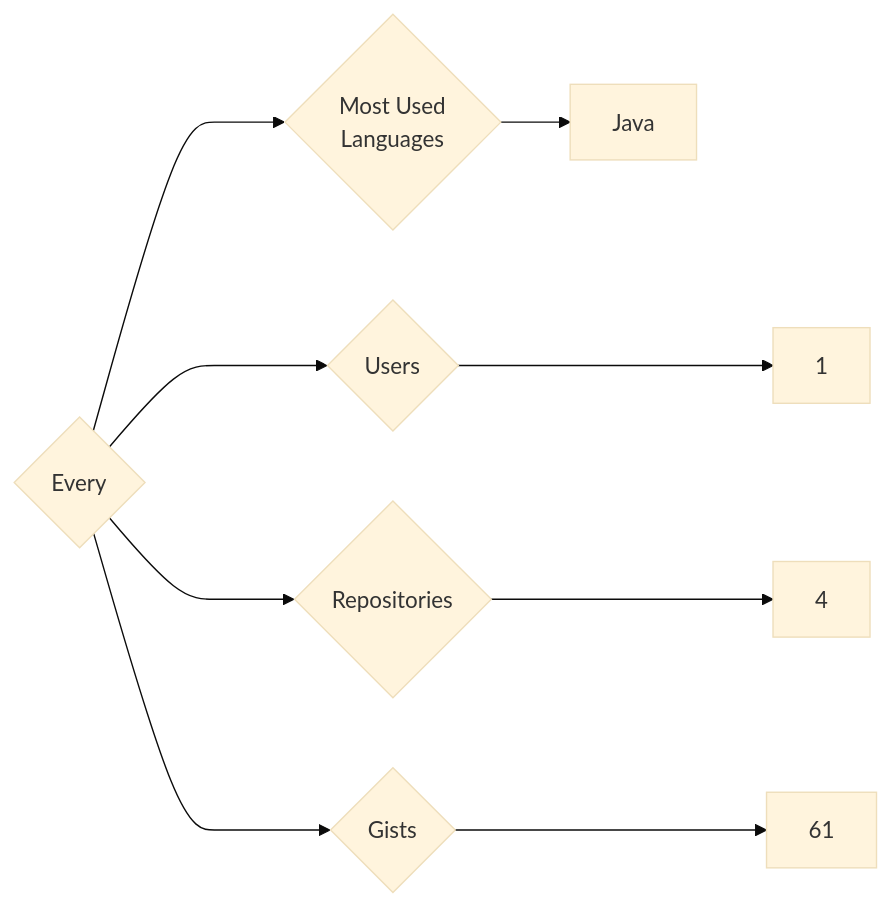
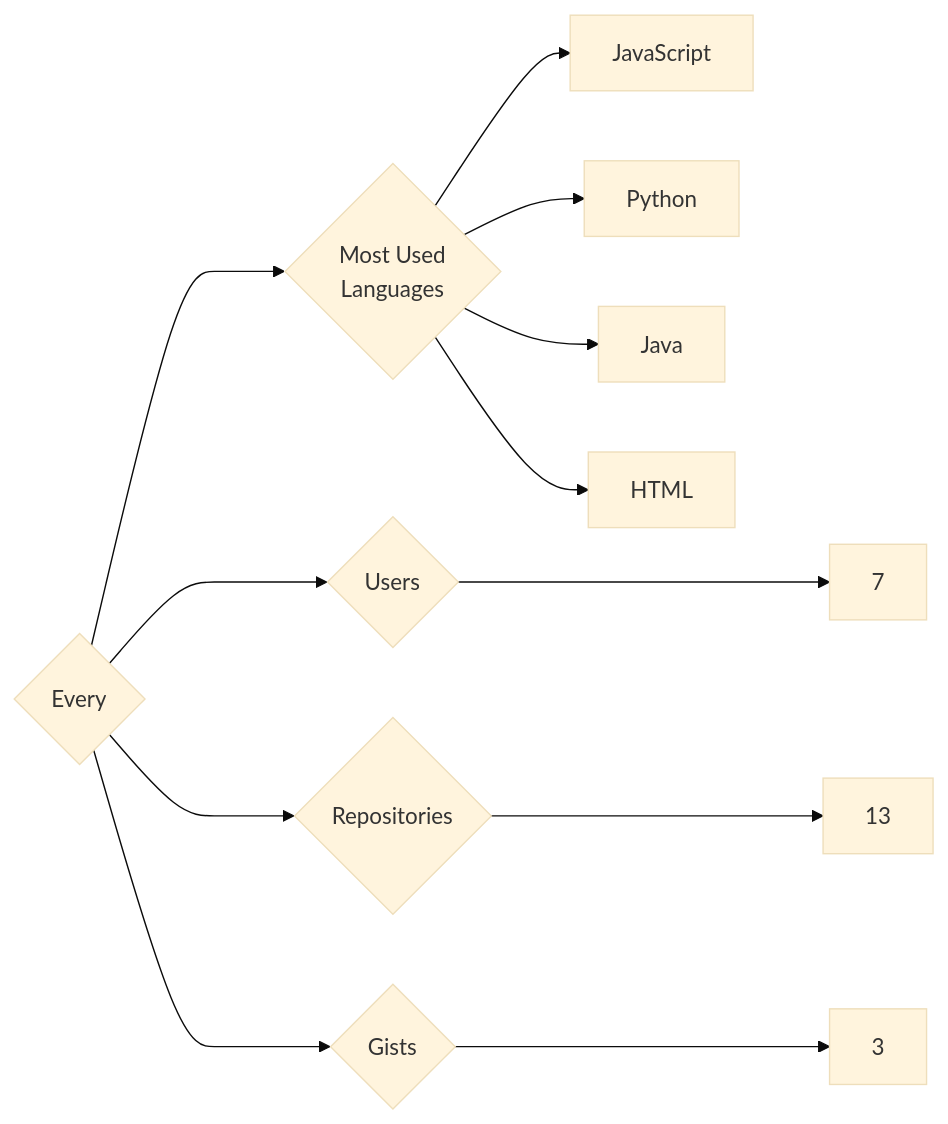
One commit to trickest/insiders changed the diagram in targets/Every/README.md. Above: the diagram before and after it, drawn with Mermaid (base theme). The commit also changed 861 other files, not shown here.

````diff
--- a/targets/Every/README.md
+++ b/targets/Every/README.md
@@ -3,9 +3,12 @@
 ```mermaid
 graph LR
 COMPANY_NAME{Every}
-COMPANY_NAME ---> U{Users} ---> UN[1]
-COMPANY_NAME ---> R{Repositories} ---> RN[4]
-COMPANY_NAME ---> G{Gists} ---> GN[61]
+COMPANY_NAME ---> U{Users} ---> UN[7]
+COMPANY_NAME ---> R{Repositories} ---> RN[13]
+COMPANY_NAME ---> G{Gists} ---> GN[3]
 COMPANY_NAME ---> ML{Most Used<br>Languages}
+ML --> JavaScript[JavaScript]
+ML --> Python[Python]
 ML --> Java[Java]
+ML --> HTML[HTML]
 ```
````
